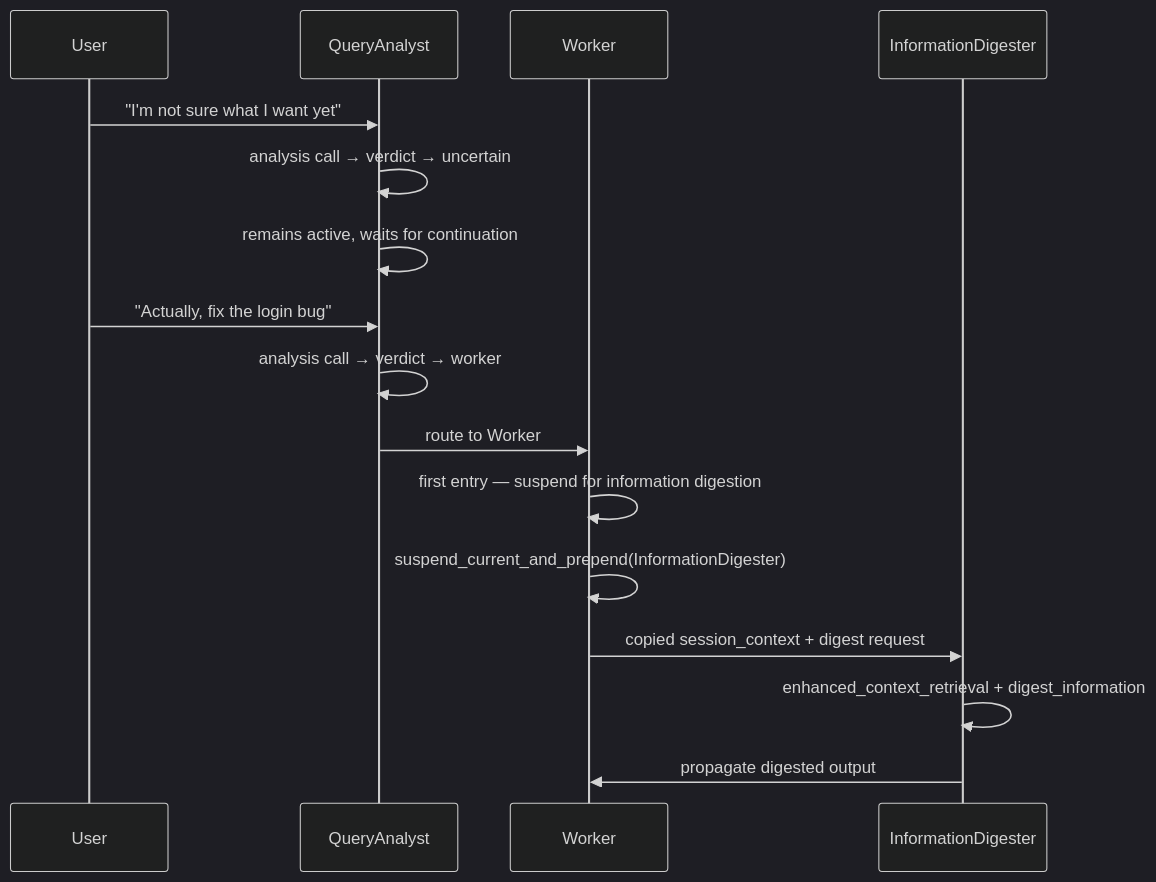
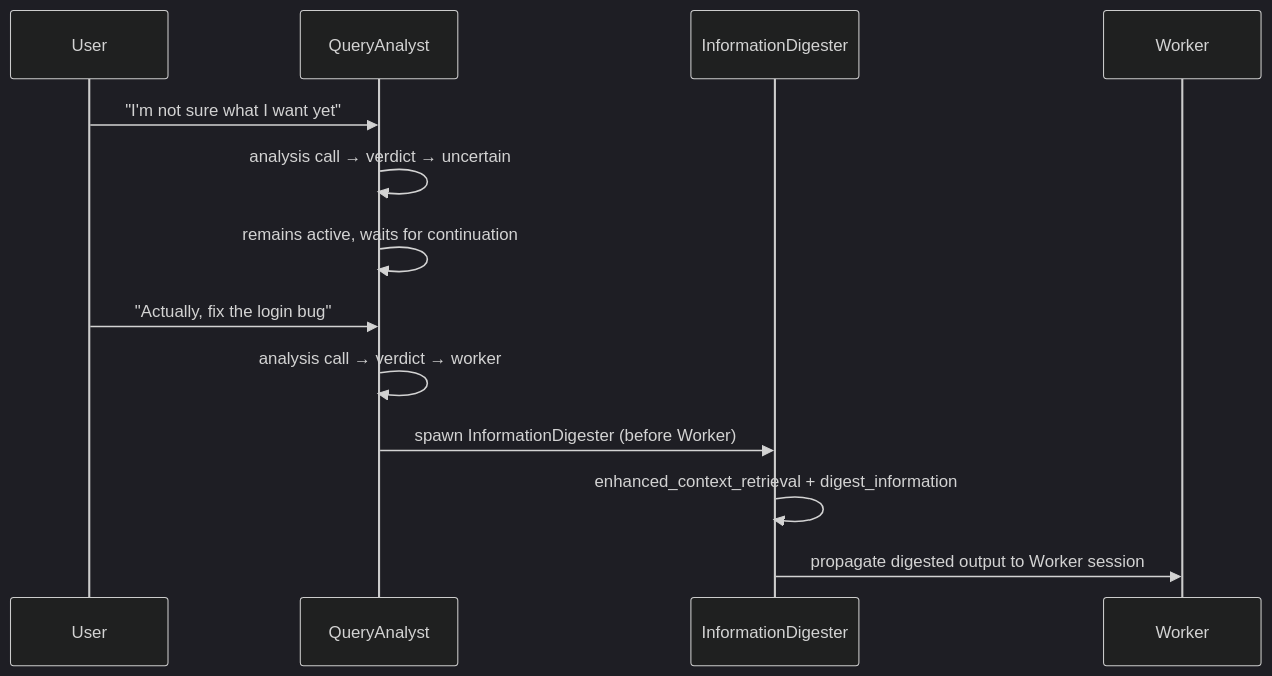
The eighth of 17 diagrams in src/tinycua/docs/design/loops/expected_scenarios.md (VJyzCELERY/TINYCUA), drawn with Mermaid (dark theme) before and after one commit. The commit also changed other lines of this file and 2 other files, not shown here.

First line of the commit message:
fix(design): simplify — QA spawns InformationDigester before Worker

````diff
--- a/src/tinycua/docs/design/loops/expected_scenarios.md
+++ b/src/tinycua/docs/design/loops/expected_scenarios.md
@@ -242,19 +233,16 @@
 ```mermaid
 sequenceDiagram
     participant User
     participant QA as QueryAnalyst
+    participant ID as InformationDigester
     participant W as Worker
-    participant ID as InformationDigester
 
     User->>QA: "I'm not sure what I want yet"
     QA->>QA: analysis call → verdict → uncertain
     QA->>QA: remains active, waits for continuation
     User->>QA: "Actually, fix the login bug"
     QA->>QA: analysis call → verdict → worker
-    QA->>W: route to Worker
-    W->>W: first entry — suspend for information digestion
-    W->>W: suspend_current_and_prepend(InformationDigester)
-    W->>ID: copied session_context + digest request
+    QA->>ID: spawn InformationDigester (before Worker)
     ID->>ID: enhanced_context_retrieval + digest_information
-    ID->>W: propagate digested output
+    ID->>W: propagate digested output to Worker session
 ```
````
